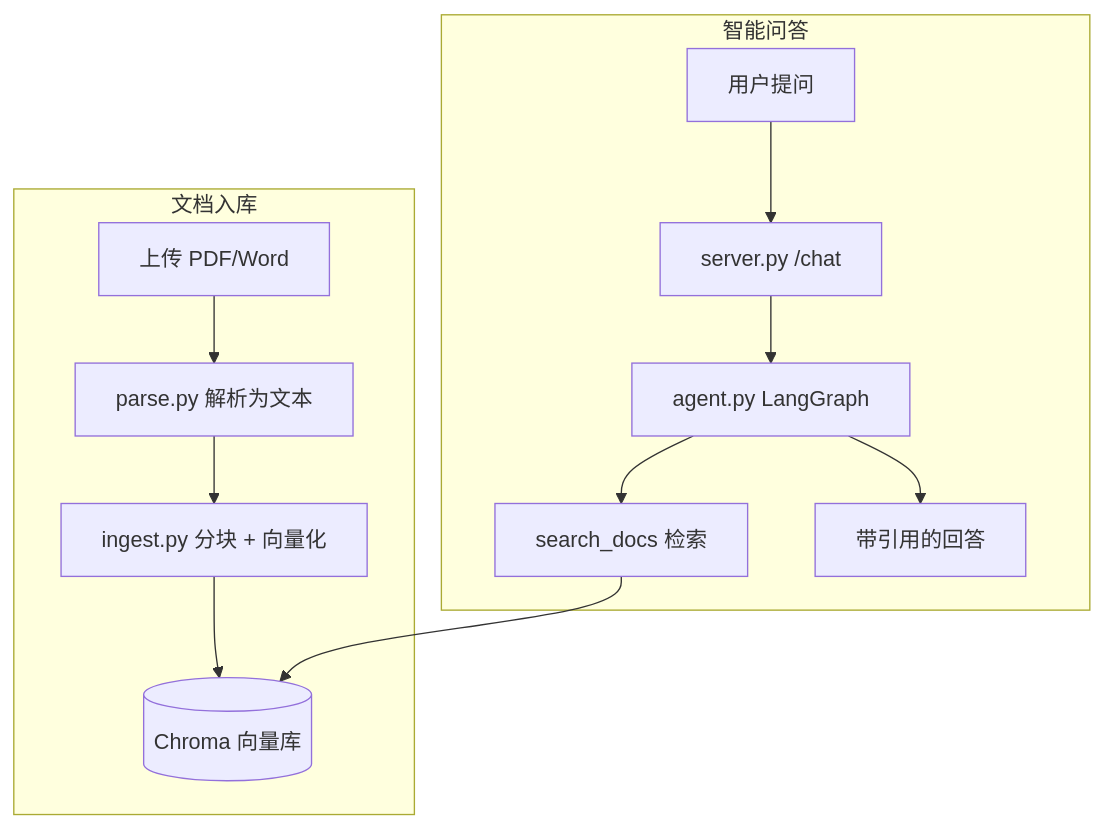
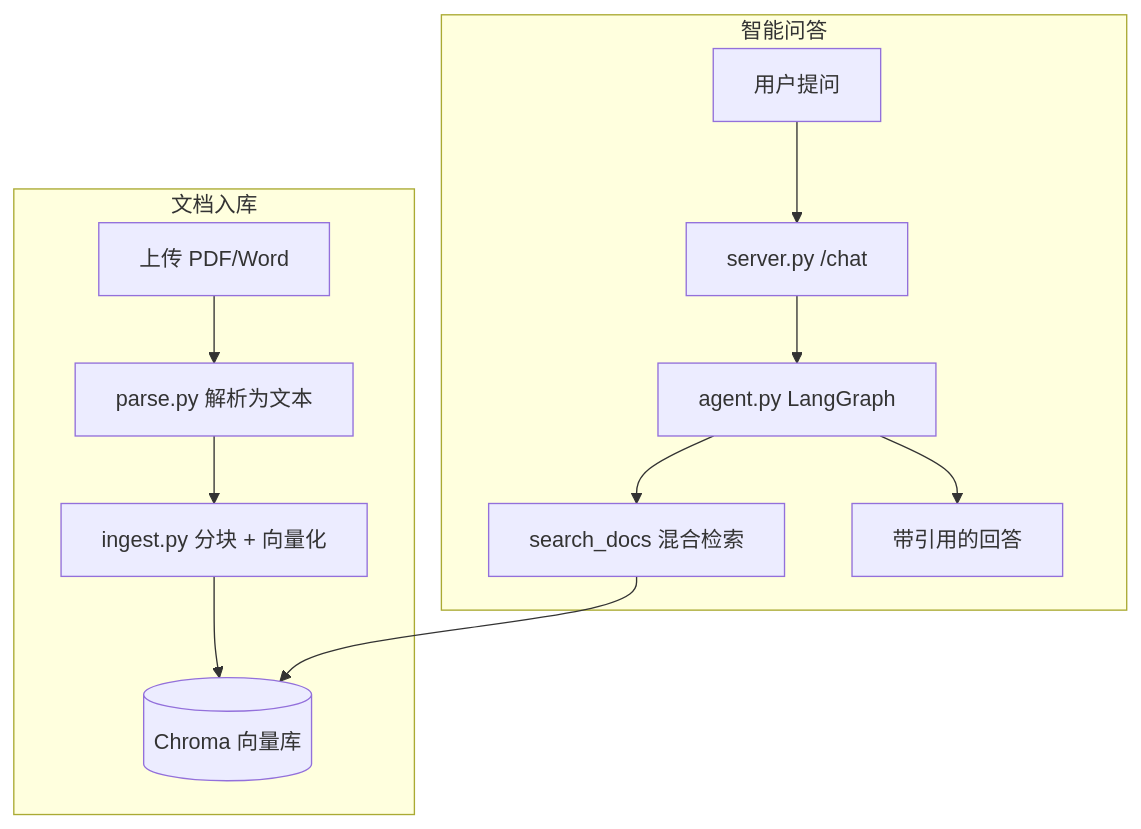
One commit to puhan111/document-qa-agent changed the diagram in README.md. Above: the diagram before and after it, drawn with Mermaid. The commit also changed other lines of this file, not shown here.

````diff
--- a/README.md
+++ b/README.md
@@ -34,15 +38,15 @@
 ```mermaid
 flowchart TB
     subgraph 入库["文档入库"]
         A[上传 PDF/Word] --> B[parse.py 解析为文本]
         B --> C[ingest.py 分块 + 向量化]
         C --> D[(Chroma 向量库)]
     end
     subgraph 问答["智能问答"]
         E[用户提问] --> F[server.py /chat]
         F --> G[agent.py LangGraph]
-        G --> H[search_docs 检索]
+        G --> H[search_docs 混合检索]
         H --> D
         G --> I[带引用的回答]
     end
 ```
````
